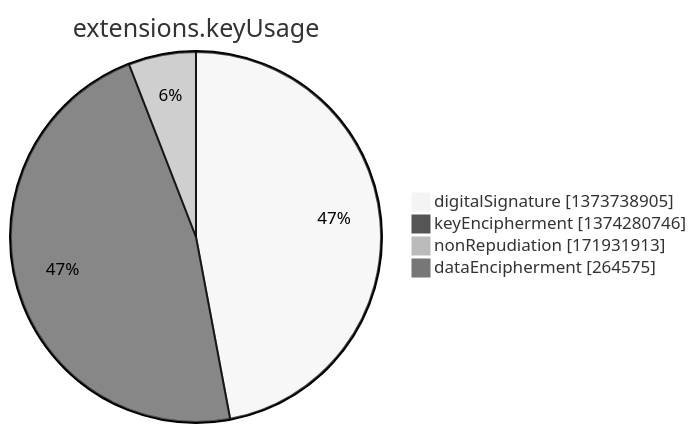
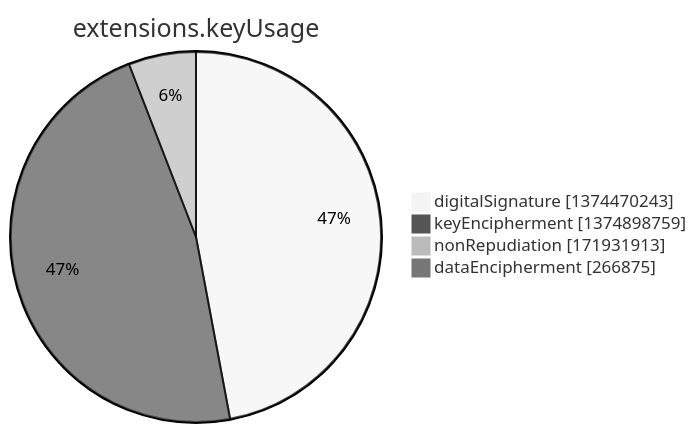
The seventh of 15 diagrams in argon2022/README.md (christiankrug/ctmonitor_visualization), drawn with Mermaid (neutral theme) before and after one commit. The commit also changed other lines of this file, not shown here.

````diff
--- a/argon2022/README.md
+++ b/argon2022/README.md
@@ -2751,8 +2751,8 @@
 ```mermaid
 pie showData
 title extensions.keyUsage
-"digitalSignature" :1373738905
-"keyEncipherment" :1374280746
+"digitalSignature" :1374470243
+"keyEncipherment" :1374898759
 "nonRepudiation" :171931913
-"dataEncipherment" :264575
+"dataEncipherment" :266875
 ```
````
